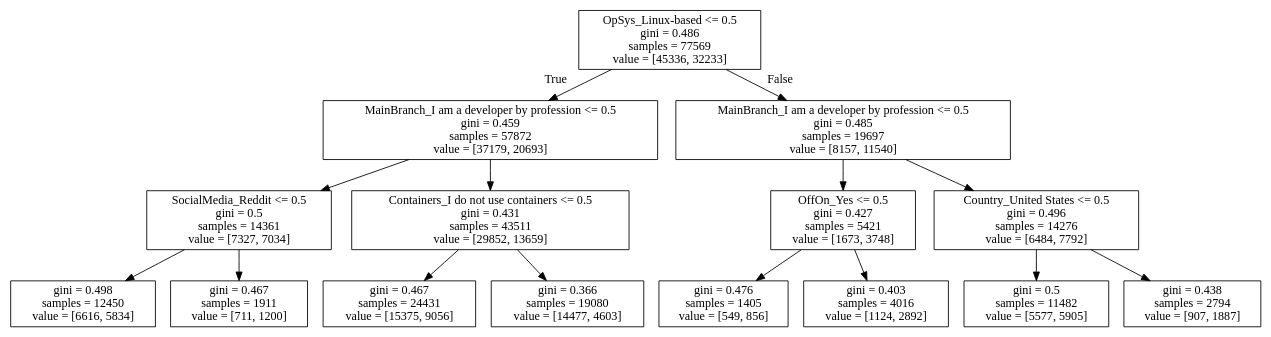
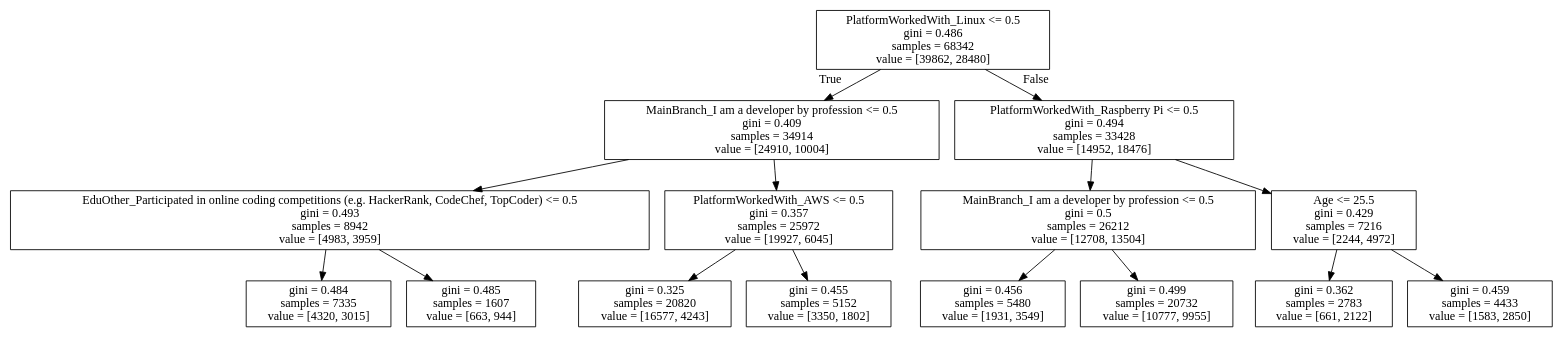
One commit to mauritsl/programming-languages changed the diagram in output/using_Python.dot. Above: the diagram before and after it, drawn with Graphviz. The commit also changed 19 other files, not shown here.

```diff
--- a/output/using_Python.dot
+++ b/output/using_Python.dot
@@ -1,32 +1,32 @@
 digraph Tree {
 node [shape=box] ;
-0 [label="OpSys_Linux-based <= 0.5\ngini = 0.486\nsamples = 77569\nvalue = [45336, 32233]"] ;
-1 [label="MainBranch_I am a developer by profession <= 0.5\ngini = 0.459\nsamples = 57872\nvalue = [37179, 20693]"] ;
+0 [label="PlatformWorkedWith_Linux <= 0.5\ngini = 0.486\nsamples = 68342\nvalue = [39862, 28480]"] ;
+1 [label="MainBranch_I am a developer by profession <= 0.5\ngini = 0.409\nsamples = 34914\nvalue = [24910, 10004]"] ;
 0 -> 1 [labeldistance=2.5, labelangle=45, headlabel="True"] ;
-2 [label="SocialMedia_Reddit <= 0.5\ngini = 0.5\nsamples = 14361\nvalue = [7327, 7034]"] ;
+2 [label="EduOther_Participated in online coding competitions (e.g. HackerRank, CodeChef, TopCoder) <= 0.5\ngini = 0.493\nsamples = 8942\nvalue = [4983, 3959]"] ;
 1 -> 2 ;
-3 [label="gini = 0.498\nsamples = 12450\nvalue = [6616, 5834]"] ;
+3 [label="gini = 0.484\nsamples = 7335\nvalue = [4320, 3015]"] ;
 2 -> 3 ;
-4 [label="gini = 0.467\nsamples = 1911\nvalue = [711, 1200]"] ;
+4 [label="gini = 0.485\nsamples = 1607\nvalue = [663, 944]"] ;
 2 -> 4 ;
-5 [label="Containers_I do not use containers <= 0.5\ngini = 0.431\nsamples = 43511\nvalue = [29852, 13659]"] ;
+5 [label="PlatformWorkedWith_AWS <= 0.5\ngini = 0.357\nsamples = 25972\nvalue = [19927, 6045]"] ;
 1 -> 5 ;
-6 [label="gini = 0.467\nsamples = 24431\nvalue = [15375, 9056]"] ;
+6 [label="gini = 0.325\nsamples = 20820\nvalue = [16577, 4243]"] ;
 5 -> 6 ;
-7 [label="gini = 0.366\nsamples = 19080\nvalue = [14477, 4603]"] ;
+7 [label="gini = 0.455\nsamples = 5152\nvalue = [3350, 1802]"] ;
 5 -> 7 ;
-8 [label="MainBranch_I am a developer by profession <= 0.5\ngini = 0.485\nsamples = 19697\nvalue = [8157, 11540]"] ;
+8 [label="PlatformWorkedWith_Raspberry Pi <= 0.5\ngini = 0.494\nsamples = 33428\nvalue = [14952, 18476]"] ;
 0 -> 8 [labeldistance=2.5, labelangle=-45, headlabel="False"] ;
-9 [label="OffOn_Yes <= 0.5\ngini = 0.427\nsamples = 5421\nvalue = [1673, 3748]"] ;
+9 [label="MainBranch_I am a developer by profession <= 0.5\ngini = 0.5\nsamples = 26212\nvalue = [12708, 13504]"] ;
 8 -> 9 ;
-10 [label="gini = 0.476\nsamples = 1405\nvalue = [549, 856]"] ;
+10 [label="gini = 0.456\nsamples = 5480\nvalue = [1931, 3549]"] ;
 9 -> 10 ;
-11 [label="gini = 0.403\nsamples = 4016\nvalue = [1124, 2892]"] ;
+11 [label="gini = 0.499\nsamples = 20732\nvalue = [10777, 9955]"] ;
 9 -> 11 ;
-12 [label="Country_United States <= 0.5\ngini = 0.496\nsamples = 14276\nvalue = [6484, 7792]"] ;
+12 [label="Age <= 25.5\ngini = 0.429\nsamples = 7216\nvalue = [2244, 4972]"] ;
 8 -> 12 ;
-13 [label="gini = 0.5\nsamples = 11482\nvalue = [5577, 5905]"] ;
+13 [label="gini = 0.362\nsamples = 2783\nvalue = [661, 2122]"] ;
 12 -> 13 ;
-14 [label="gini = 0.438\nsamples = 2794\nvalue = [907, 1887]"] ;
+14 [label="gini = 0.459\nsamples = 4433\nvalue = [1583, 2850]"] ;
 12 -> 14 ;
 }
```
